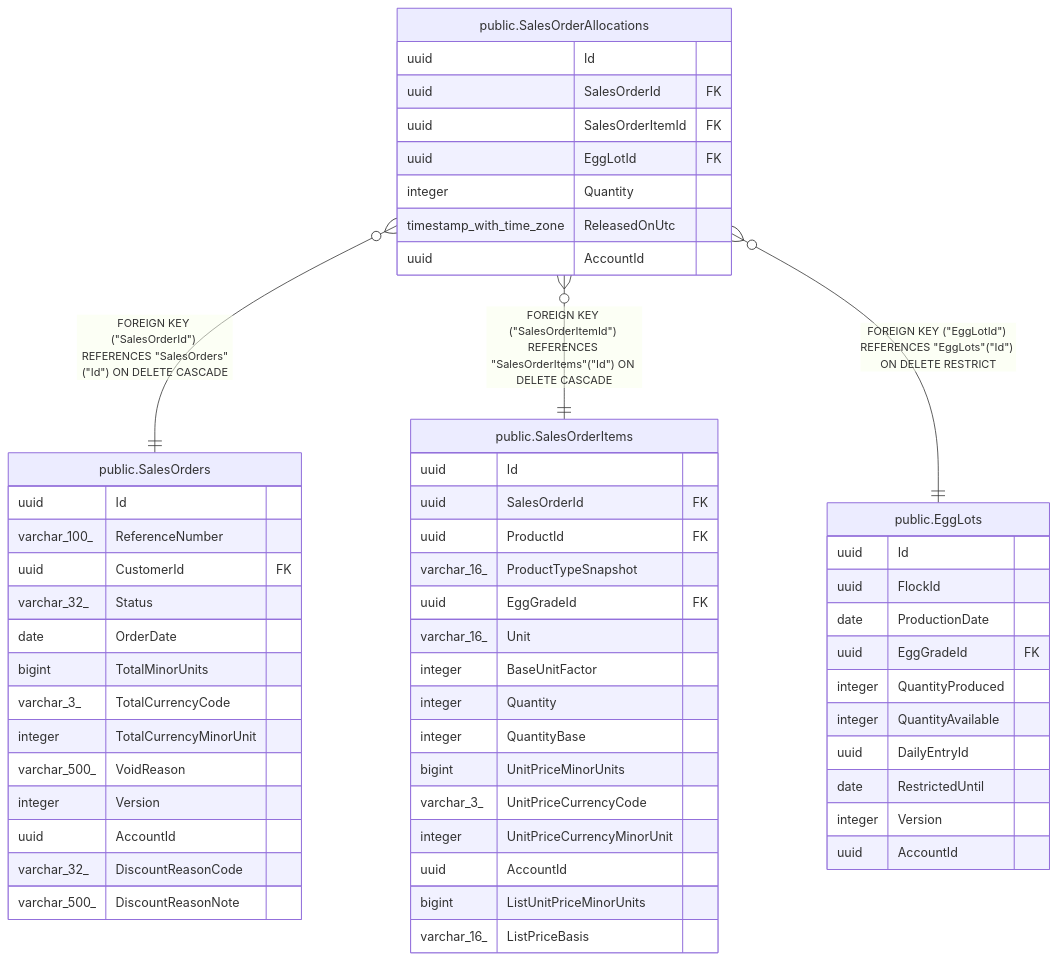
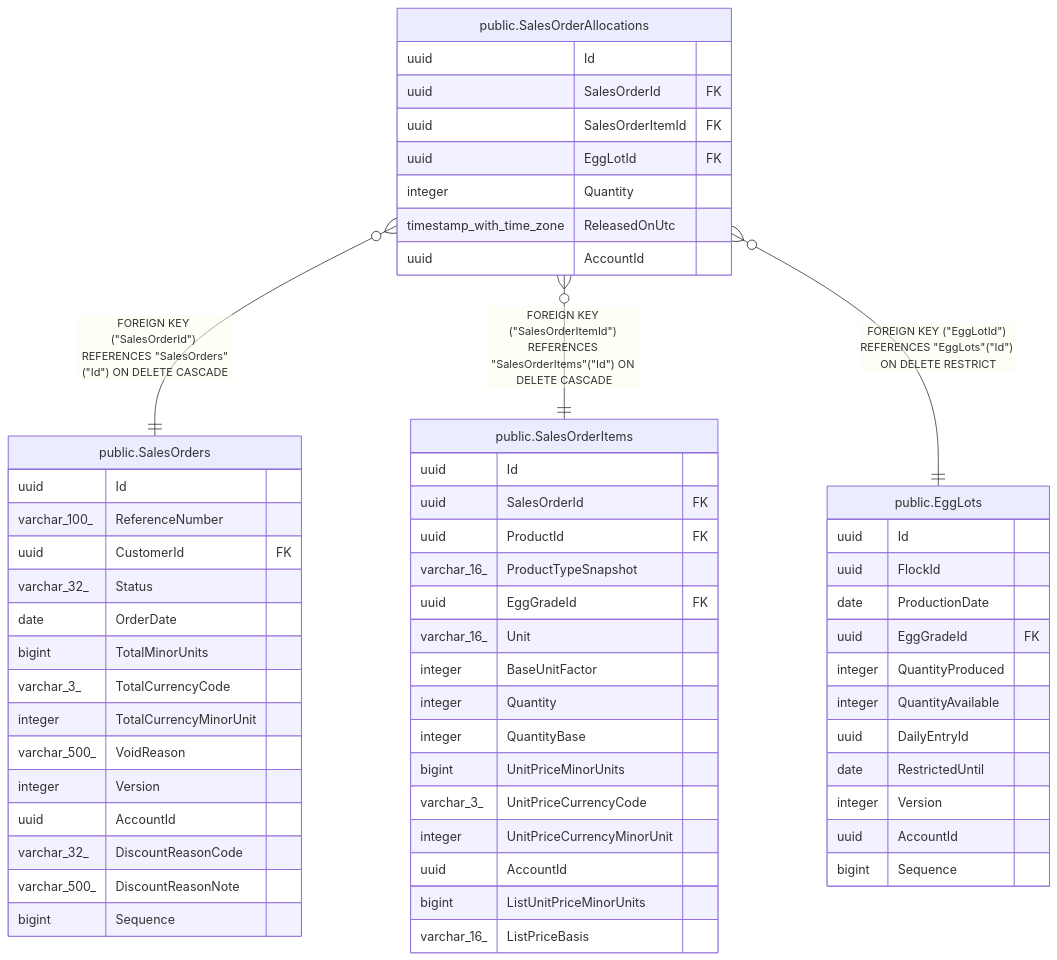
The diagram in docs/schema/public.SalesOrderAllocations.md (mforce/cluckwork), drawn with Mermaid before and after one commit. The commit also changed 31 other files, not shown here.

Commit message:
fix(lists): order same-day rows by insertion sequence (#819)

````diff
--- a/docs/schema/public.SalesOrderAllocations.md
+++ b/docs/schema/public.SalesOrderAllocations.md
@@ -47,61 +47,63 @@
 ```mermaid
 erDiagram
 
 "public.SalesOrderAllocations" }o--|| "public.SalesOrders" : "FOREIGN KEY (#quot;SalesOrderId#quot;) REFERENCES #quot;SalesOrders#quot;(#quot;Id#quot;) ON DELETE CASCADE"
 "public.SalesOrderAllocations" }o--|| "public.SalesOrderItems" : "FOREIGN KEY (#quot;SalesOrderItemId#quot;) REFERENCES #quot;SalesOrderItems#quot;(#quot;Id#quot;) ON DELETE CASCADE"
 "public.SalesOrderAllocations" }o--|| "public.EggLots" : "FOREIGN KEY (#quot;EggLotId#quot;) REFERENCES #quot;EggLots#quot;(#quot;Id#quot;) ON DELETE RESTRICT"
 
 "public.SalesOrderAllocations" {
   uuid Id
   uuid SalesOrderId FK
   uuid SalesOrderItemId FK
   uuid EggLotId FK
   integer Quantity
   timestamp_with_time_zone ReleasedOnUtc
   uuid AccountId
 }
 "public.SalesOrders" {
   uuid Id
   varchar_100_ ReferenceNumber
   uuid CustomerId FK
   varchar_32_ Status
   date OrderDate
   bigint TotalMinorUnits
   varchar_3_ TotalCurrencyCode
   integer TotalCurrencyMinorUnit
   varchar_500_ VoidReason
   integer Version
   uuid AccountId
   varchar_32_ DiscountReasonCode
   varchar_500_ DiscountReasonNote
+  bigint Sequence
 }
 "public.SalesOrderItems" {
   uuid Id
   uuid SalesOrderId FK
   uuid ProductId FK
   varchar_16_ ProductTypeSnapshot
   uuid EggGradeId FK
   varchar_16_ Unit
   integer BaseUnitFactor
   integer Quantity
   integer QuantityBase
   bigint UnitPriceMinorUnits
   varchar_3_ UnitPriceCurrencyCode
   integer UnitPriceCurrencyMinorUnit
   uuid AccountId
   bigint ListUnitPriceMinorUnits
   varchar_16_ ListPriceBasis
 }
 "public.EggLots" {
   uuid Id
   uuid FlockId
   date ProductionDate
   uuid EggGradeId FK
   integer QuantityProduced
   integer QuantityAvailable
   uuid DailyEntryId
   date RestrictedUntil
   integer Version
   uuid AccountId
+  bigint Sequence
 }
 ```
````
